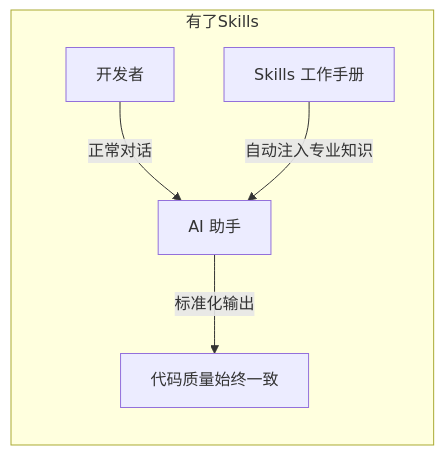
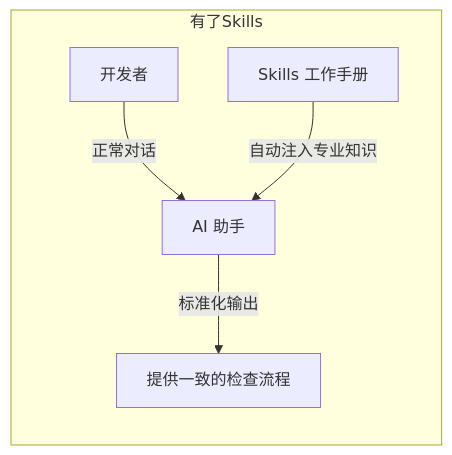
Before and after one commit to ifnodoraemon/ifnodoraemon.github.io: the second of 7 diagrams in content/zh/articles/skills-guide.md, drawn with Mermaid. The commit also changed other lines of this file and 86 other files, not shown here.

````diff
--- a/content/zh/articles/skills-guide.md
+++ b/content/zh/articles/skills-guide.md
@@ -32,8 +33,8 @@
 ```mermaid
 graph LR
     subgraph 有了Skills
         U2["开发者"] -- "正常对话" --> A2["AI 助手"]
         S["Skills 工作手册"] -- "自动注入专业知识" --> A2
-        A2 -- "标准化输出" --> R2["代码质量始终一致"]
+        A2 -- "标准化输出" --> R2["提供一致的检查流程"]
     end
 ```
````
